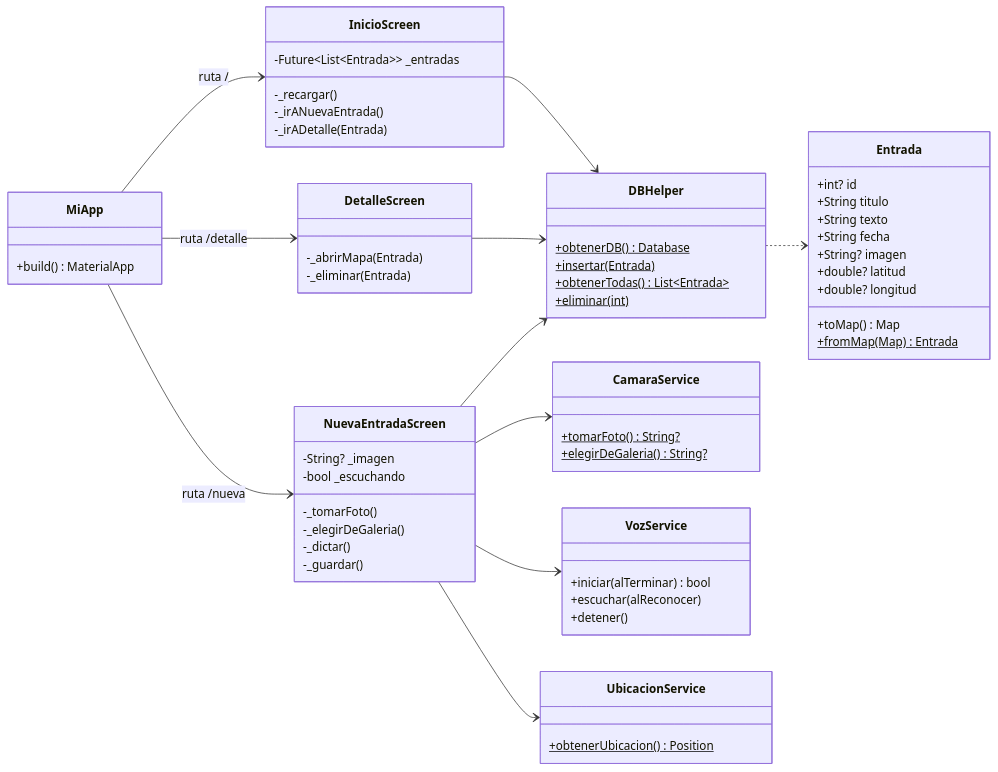
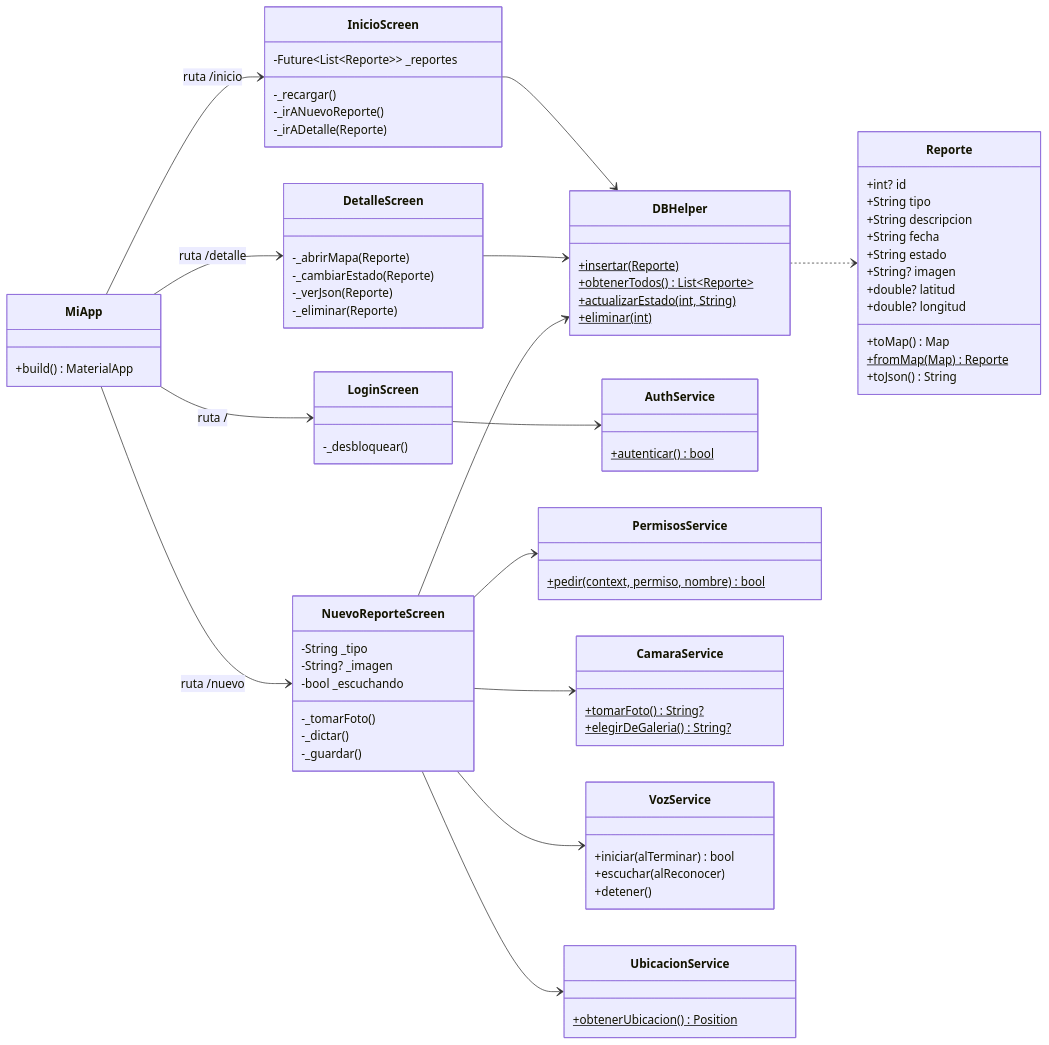
The diagram in docs/diagramas/clases.mmd (Marcosjv1/Parcial-2), drawn with Mermaid before and after one commit. The commit also changed 5 other files, not shown here.

Commit message:
Actualizo el reporte, los diagramas y el README para ReportaCalle

```diff
--- a/docs/diagramas/clases.mmd
+++ b/docs/diagramas/clases.mmd
@@ -1,62 +1,78 @@
 classDiagram
 direction LR
 class MiApp {
   +build() MaterialApp
 }
+class LoginScreen {
+  -_desbloquear()
+}
 class InicioScreen {
-  -Future~List~Entrada~~ _entradas
+  -Future~List~Reporte~~ _reportes
   -_recargar()
-  -_irANuevaEntrada()
-  -_irADetalle(Entrada)
+  -_irANuevoReporte()
+  -_irADetalle(Reporte)
 }
-class NuevaEntradaScreen {
+class NuevoReporteScreen {
+  -String _tipo
   -String? _imagen
   -bool _escuchando
   -_tomarFoto()
-  -_elegirDeGaleria()
   -_dictar()
   -_guardar()
 }
 class DetalleScreen {
-  -_abrirMapa(Entrada)
-  -_eliminar(Entrada)
+  -_abrirMapa(Reporte)
+  -_cambiarEstado(Reporte)
+  -_verJson(Reporte)
+  -_eliminar(Reporte)
 }
-class Entrada {
+class Reporte {
   +int? id
-  +String titulo
-  +String texto
+  +String tipo
+  +String descripcion
   +String fecha
+  +String estado
   +String? imagen
   +double? latitud
   +double? longitud
   +toMap() Map
-  +fromMap(Map)$ Entrada
+  +fromMap(Map)$ Reporte
+  +toJson() String
 }
 class DBHelper {
-  +obtenerDB()$ Database
-  +insertar(Entrada)$
-  +obtenerTodas()$ List~Entrada~
+  +insertar(Reporte)$
+  +obtenerTodos()$ List~Reporte~
+  +actualizarEstado(int, String)$
   +eliminar(int)$
+}
+class AuthService {
+  +autenticar()$ bool
+}
+class PermisosService {
+  +pedir(context, permiso, nombre)$ bool
 }
 class CamaraService {
   +tomarFoto()$ String?
   +elegirDeGaleria()$ String?
 }
 class VozService {
   +iniciar(alTerminar) bool
   +escuchar(alReconocer)
   +detener()
 }
 class UbicacionService {
   +obtenerUbicacion()$ Position
 }
-MiApp --> InicioScreen : ruta /
-MiApp --> NuevaEntradaScreen : ruta /nueva
+MiApp --> LoginScreen : ruta /
+MiApp --> InicioScreen : ruta /inicio
+MiApp --> NuevoReporteScreen : ruta /nuevo
 MiApp --> DetalleScreen : ruta /detalle
+LoginScreen --> AuthService
 InicioScreen --> DBHelper
 DetalleScreen --> DBHelper
-NuevaEntradaScreen --> DBHelper
-NuevaEntradaScreen --> CamaraService
-NuevaEntradaScreen --> VozService
-NuevaEntradaScreen --> UbicacionService
-DBHelper ..> Entrada
+NuevoReporteScreen --> DBHelper
+NuevoReporteScreen --> PermisosService
+NuevoReporteScreen --> CamaraService
+NuevoReporteScreen --> VozService
+NuevoReporteScreen --> UbicacionService
+DBHelper ..> Reporte
```
